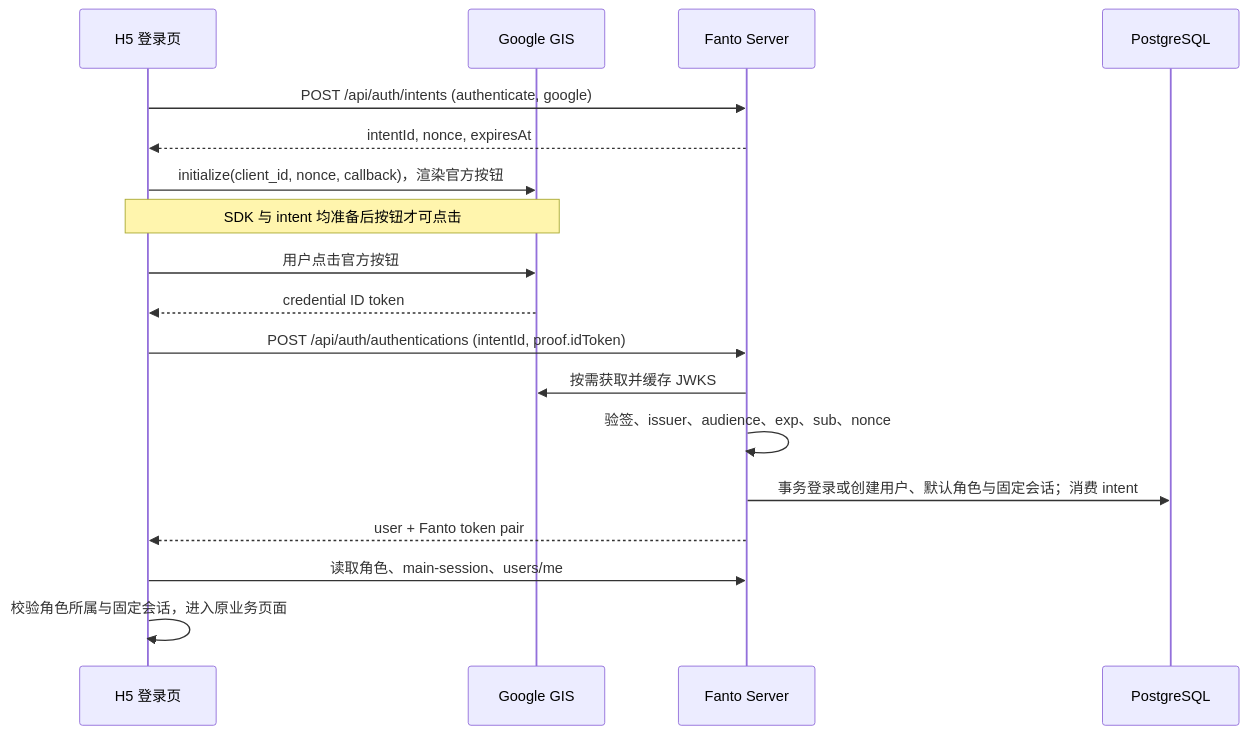
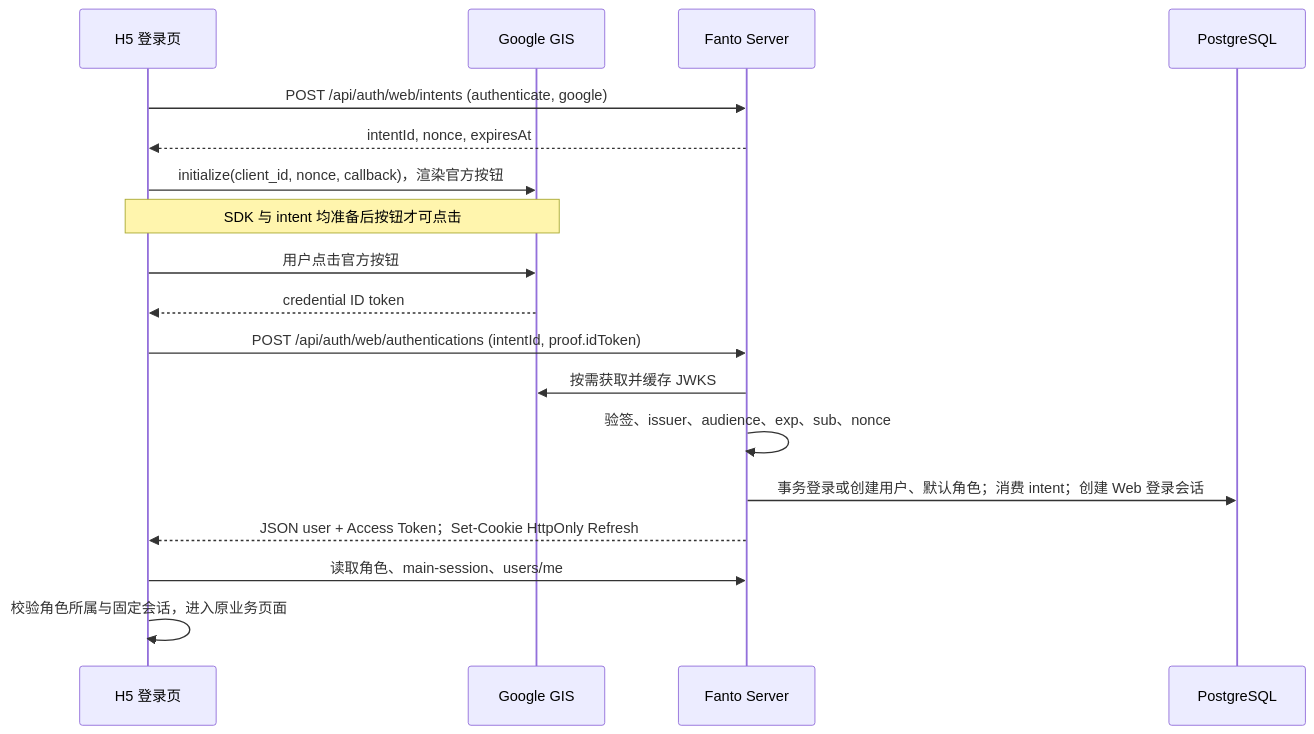
The second of 3 diagrams in plan/2026-10-22-h5-google-auth-design.md (huiru-wang/fanto), drawn with Mermaid before and after one commit. The commit also changed other lines of this file and 1 other file, not shown here.

Commit message:
docs(auth): plan secure Web cookies and multi-client sessions

````diff
--- a/plan/2026-10-22-h5-google-auth-design.md
+++ b/plan/2026-10-22-h5-google-auth-design.md
@@ -70,20 +70,20 @@
 ```mermaid
 sequenceDiagram
     participant H as H5 登录页
     participant G as Google GIS
     participant S as Fanto Server
     participant D as PostgreSQL
-    H->>S: POST /api/auth/intents (authenticate, google)
+    H->>S: POST /api/auth/web/intents (authenticate, google)
     S-->>H: intentId, nonce, expiresAt
     H->>G: initialize(client_id, nonce, callback)，渲染官方按钮
     Note over H,G: SDK 与 intent 均准备后按钮才可点击
     H->>G: 用户点击官方按钮
     G-->>H: credential ID token
-    H->>S: POST /api/auth/authentications (intentId, proof.idToken)
+    H->>S: POST /api/auth/web/authentications (intentId, proof.idToken)
     S->>G: 按需获取并缓存 JWKS
     S->>S: 验签、issuer、audience、exp、sub、nonce
-    S->>D: 事务登录或创建用户、默认角色与固定会话；消费 intent
-    S-->>H: user + Fanto token pair
+    S->>D: 事务登录或创建用户、默认角色；消费 intent；创建 Web 登录会话
+    S-->>H: JSON user + Access Token；Set-Cookie HttpOnly Refresh
     H->>S: 读取角色、main-session、users/me
     H->>H: 校验角色所属与固定会话，进入原业务页面
 ```
````
